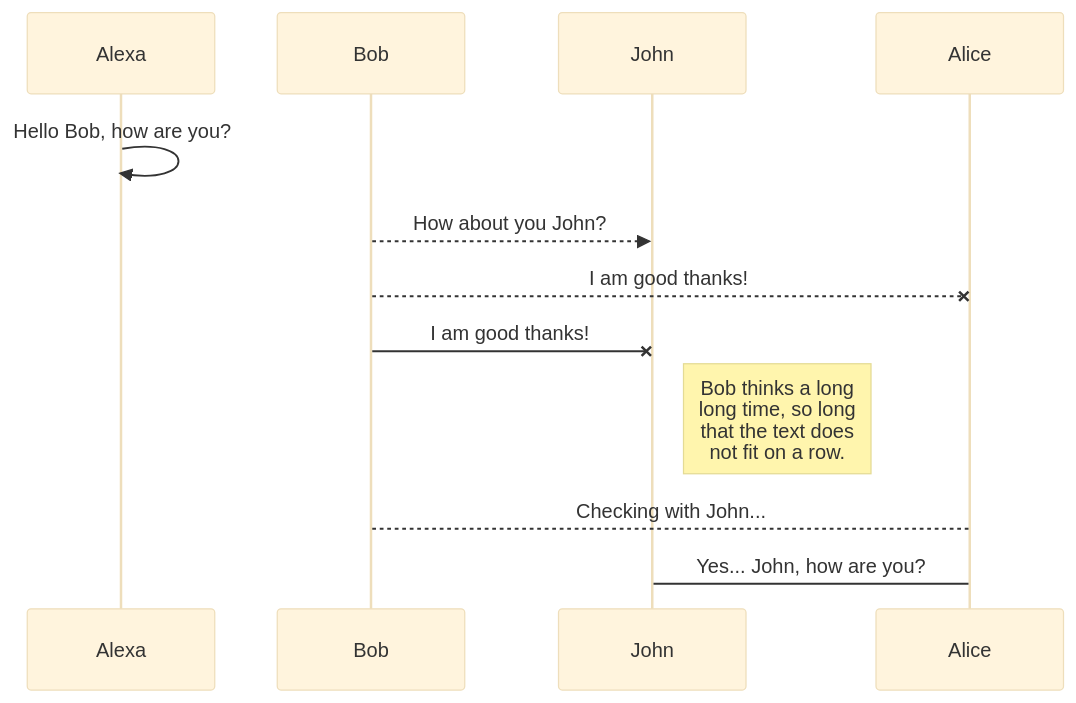
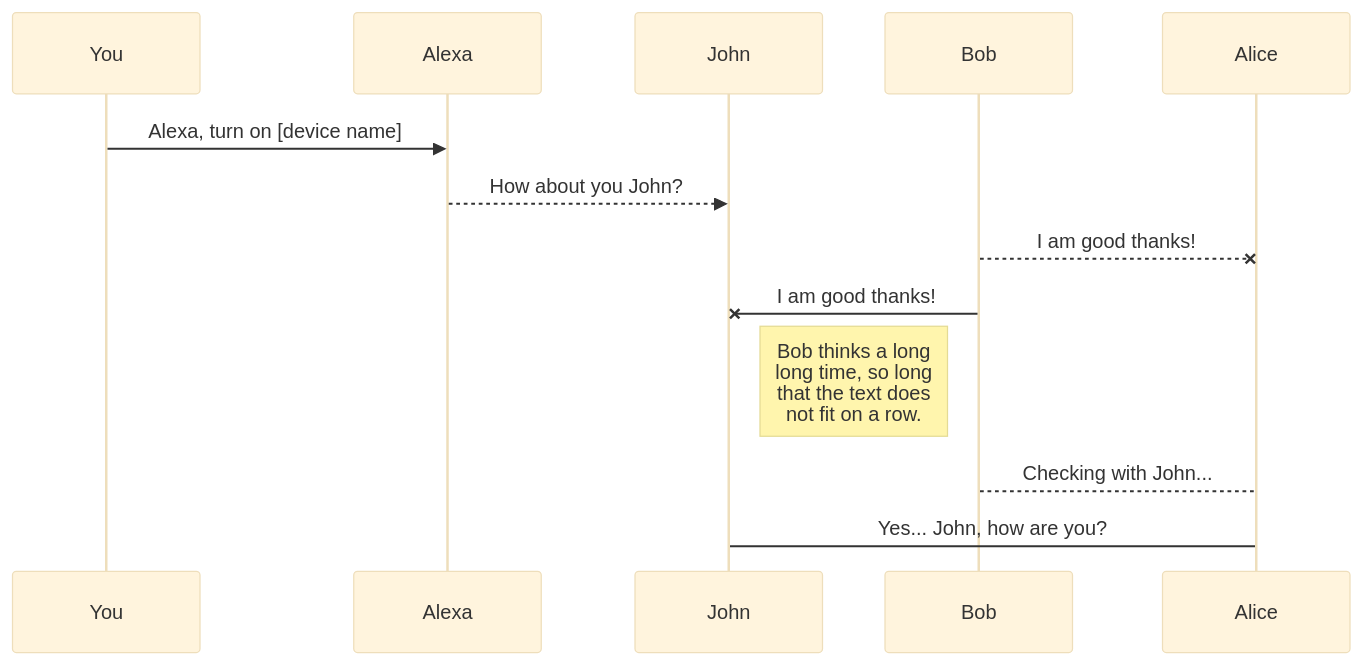
One commit to kakopappa/sinric-pro-help changed the first of 2 diagrams in Welcome file.md. Above: the diagram before and after it, drawn with Mermaid (base theme). The commit also changed other lines of this file, not shown here.

Commit message:
Welcome file.md updated from https://stackedit.io/

````diff
--- a/Welcome file.md
+++ b/Welcome file.md
@@ -124,11 +124,11 @@
 ```mermaid
 sequenceDiagram
-Alexa ->> Alexa: Hello Bob, how are you?
-Bob-->>John: How about you John?
+You ->> Alexa: Alexa, turn on [device name]
+Alexa-->>John: How about you John?
 Bob--x Alice: I am good thanks!
 Bob-x John: I am good thanks!
 Note right of John: Bob thinks a long<br/>long time, so long<br/>that the text does<br/>not fit on a row.
 
 Bob-->Alice: Checking with John...
 Alice->John: Yes... John, how are you?
 ```
````
